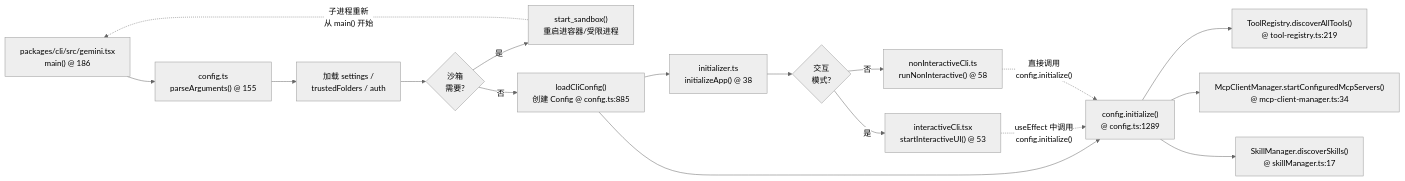
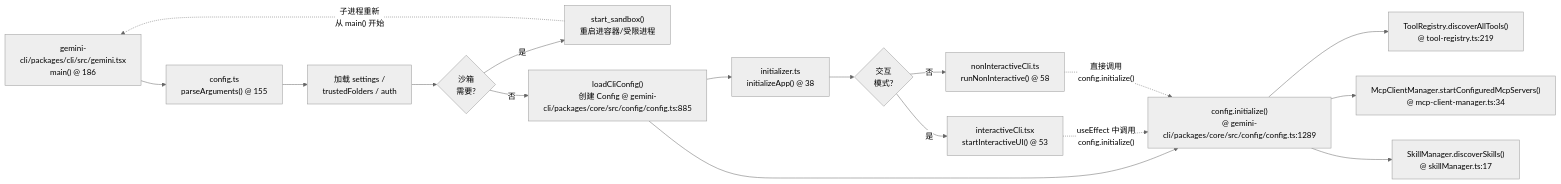
The first of 2 diagrams in hello-gemini-cli/02-startup-flow.md (feuyeux/hello-olleh), drawn with Mermaid before and after one commit. The commit also changed other lines of this file and 36 other files, not shown here.

````diff
--- a/hello-gemini-cli/02-startup-flow.md
+++ b/hello-gemini-cli/02-startup-flow.md
@@ -22,21 +22,21 @@
 ```mermaid
 %%{init: {'theme': 'neutral'}}%%
 flowchart LR
-    Main["packages/cli/src/gemini.tsx<br/>main() @ 186"] --> Parse["config.ts<br/>parseArguments() @ 155"]
+    Main["gemini-cli/packages/cli/src/gemini.tsx<br/>main() @ 186"] --> Parse["config.ts<br/>parseArguments() @ 155"]
     Parse --> Setup["加载 settings /<br/>trustedFolders / auth"]
     Setup --> Sandbox{沙箱<br/>需要?}
     Sandbox -->|是| StartSandbox["start_sandbox()<br/>重启进容器/受限进程"]
-    Sandbox -->|否| LoadCfg["loadCliConfig()<br/>创建 Config @ config.ts:885"]
+    Sandbox -->|否| LoadCfg["loadCliConfig()<br/>创建 Config @ gemini-cli/packages/core/src/config/config.ts:885"]
     StartSandbox -. "子进程重新<br/>从 main() 开始" .-> Main
     LoadCfg --> InitApp["initializer.ts<br/>initializeApp() @ 38"]
     InitApp --> Mode{交互<br/>模式?}
     Mode -->|是| UI["interactiveCli.tsx<br/>startInteractiveUI() @ 53"]
     Mode -->|否| Headless["nonInteractiveCli.ts<br/>runNonInteractive() @ 58"]
 
-    LoadCfg --> ConfigInit["config.initialize()<br/>@ config.ts:1289"]
+    LoadCfg --> ConfigInit["config.initialize()<br/>@ gemini-cli/packages/core/src/config/config.ts:1289"]
     UI -. "useEffect 中调用<br/>config.initialize()" .-> ConfigInit
     Headless -. "直接调用<br/>config.initialize()" .-> ConfigInit
     ConfigInit --> TOOL_INIT["ToolRegistry.discoverAllTools()<br/>@ tool-registry.ts:219"]
     ConfigInit --> MCP_INIT["McpClientManager.startConfiguredMcpServers()<br/>@ mcp-client-manager.ts:34"]
     ConfigInit --> SKILL_INIT["SkillManager.discoverSkills()<br/>@ skillManager.ts:17"]
 ```
````
